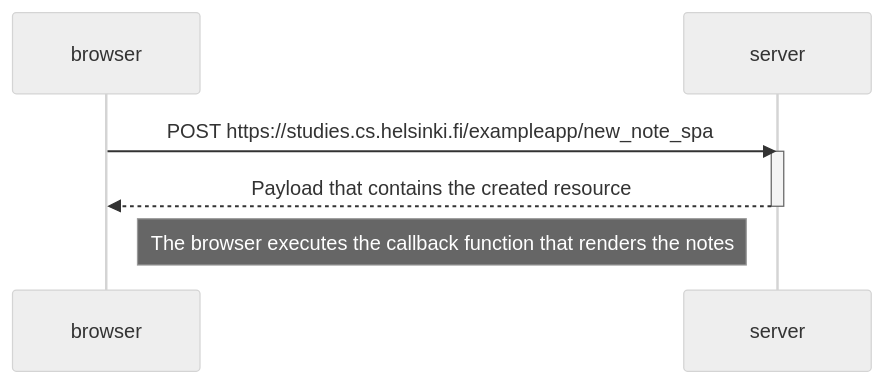
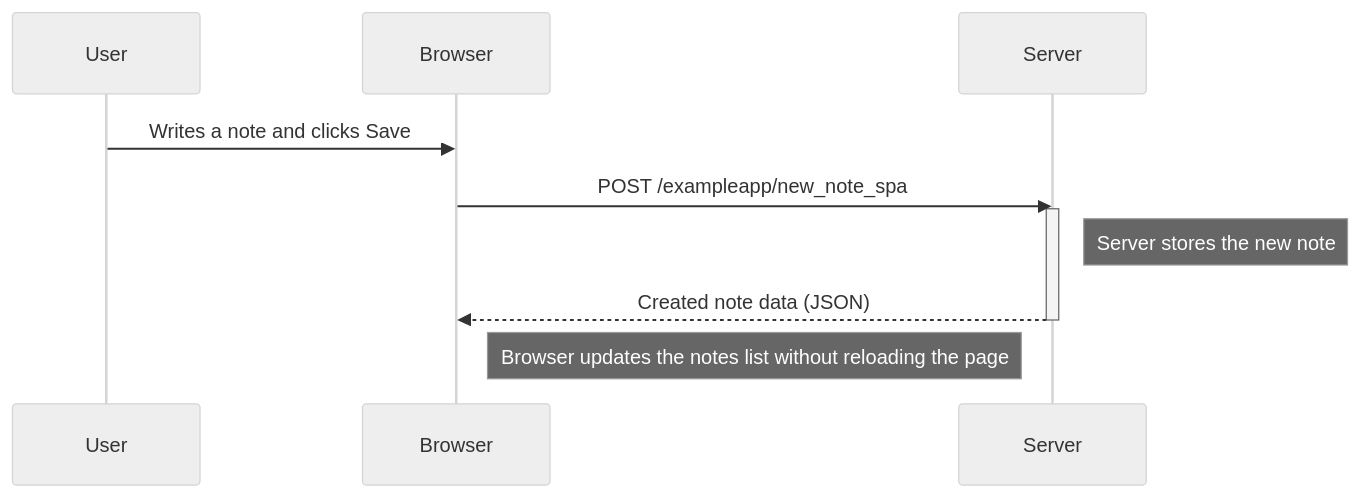
The diagram in Part-00/P6 - New_Note_In_Single_Page_App_Diagram.md (kevin1-john1/FullStackOpen), drawn with Mermaid (neutral theme) before and after one commit. The commit also changed 2 other files, not shown here.

Commit message:
Update Part-0 Exercise Diagram Solutions

````diff
--- a/Part-00/P6 - New_Note_In_Single_Page_App_Diagram.md
+++ b/Part-00/P6 - New_Note_In_Single_Page_App_Diagram.md
@@ -1,12 +1,16 @@
 ```mermaid
 sequenceDiagram
-participant browser
-participant server
+    participant User
+    participant Browser
+    participant Server
 
-    browser->>server: POST https://studies.cs.helsinki.fi/exampleapp/new_note_spa
-    activate server
-    server-->>browser: Payload that contains the created resource
-    deactivate server
+    User->>Browser: Writes a note and clicks Save
 
-    Note right of browser: The browser executes the callback function that renders the notes
+    Browser->>Server: POST /exampleapp/new_note_spa
+    activate Server
+    Note right of Server: Server stores the new note
+    Server-->>Browser: Created note data (JSON)
+    deactivate Server
+
+    Note right of Browser: Browser updates the notes list without reloading the page
 ```
````
